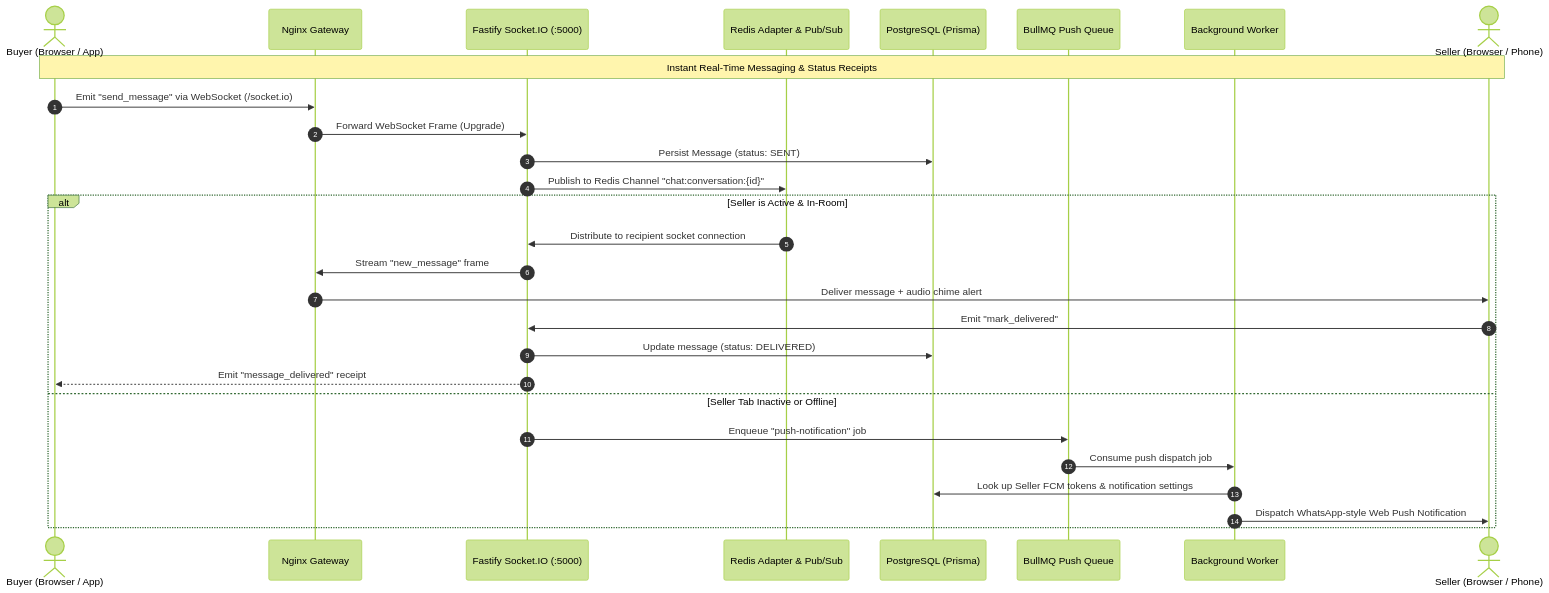
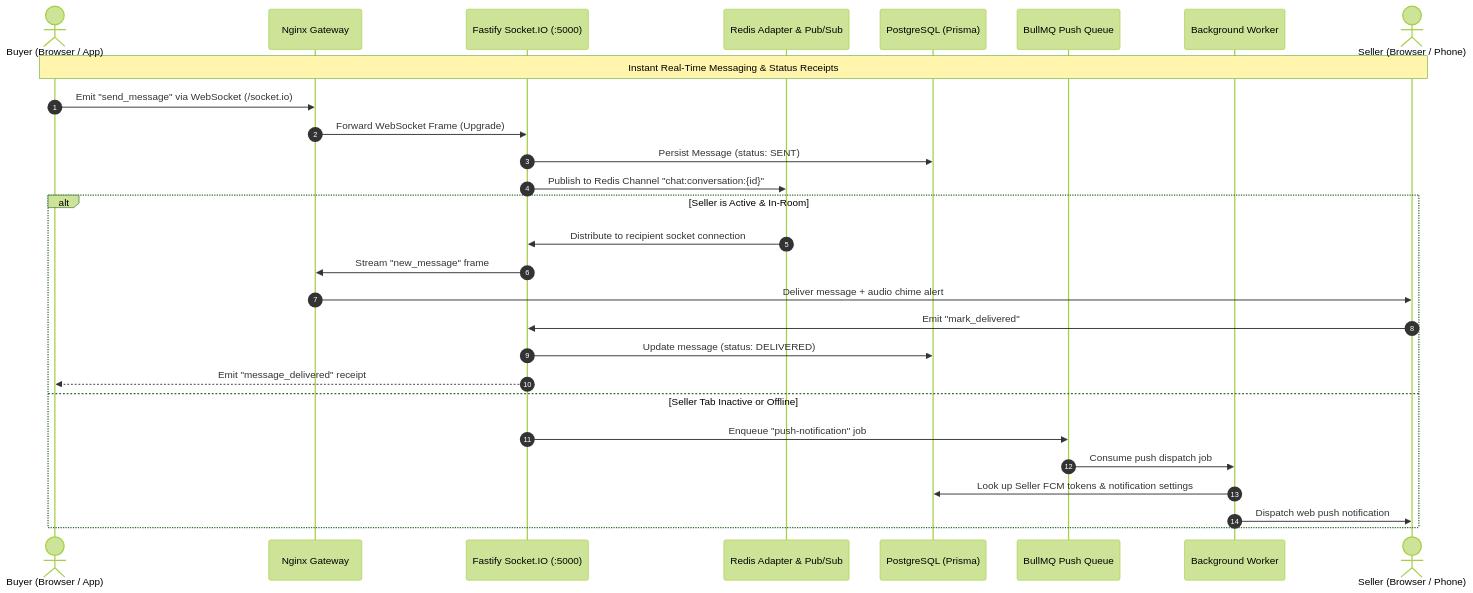
Before and after one commit to bnintelhub/olx: the fourth of 7 diagrams in README.md, drawn with Mermaid (forest theme). The commit also changed 3 other files, not shown here.

````diff
--- a/README.md
+++ b/README.md
@@ -241,32 +241,32 @@
 ```mermaid
 sequenceDiagram
     autonumber
     actor Buyer as Buyer (Browser / App)
     participant Nginx as Nginx Gateway
     participant SocketServer as Fastify Socket.IO (:5000)
     participant Redis as Redis Adapter & Pub/Sub
     participant DB as PostgreSQL (Prisma)
     participant BullMQ as BullMQ Push Queue
     participant Worker as Background Worker
     actor Seller as Seller (Browser / Phone)
 
     Note over Buyer, Seller: Instant Real-Time Messaging & Status Receipts
     Buyer->>Nginx: Emit "send_message" via WebSocket (/socket.io)
     Nginx->>SocketServer: Forward WebSocket Frame (Upgrade)
     SocketServer->>DB: Persist Message (status: SENT)
     SocketServer->>Redis: Publish to Redis Channel "chat:conversation:{id}"
 
     alt Seller is Active & In-Room
         Redis->>SocketServer: Distribute to recipient socket connection
         SocketServer->>Nginx: Stream "new_message" frame
         Nginx->>Seller: Deliver message + audio chime alert
         Seller->>SocketServer: Emit "mark_delivered"
         SocketServer->>DB: Update message (status: DELIVERED)
         SocketServer-->>Buyer: Emit "message_delivered" receipt
     else Seller Tab Inactive or Offline
         SocketServer->>BullMQ: Enqueue "push-notification" job
         BullMQ->>Worker: Consume push dispatch job
         Worker->>DB: Look up Seller FCM tokens & notification settings
-        Worker->>Seller: Dispatch WhatsApp-style Web Push Notification
+        Worker->>Seller: Dispatch web push notification
     end
 ```
````
